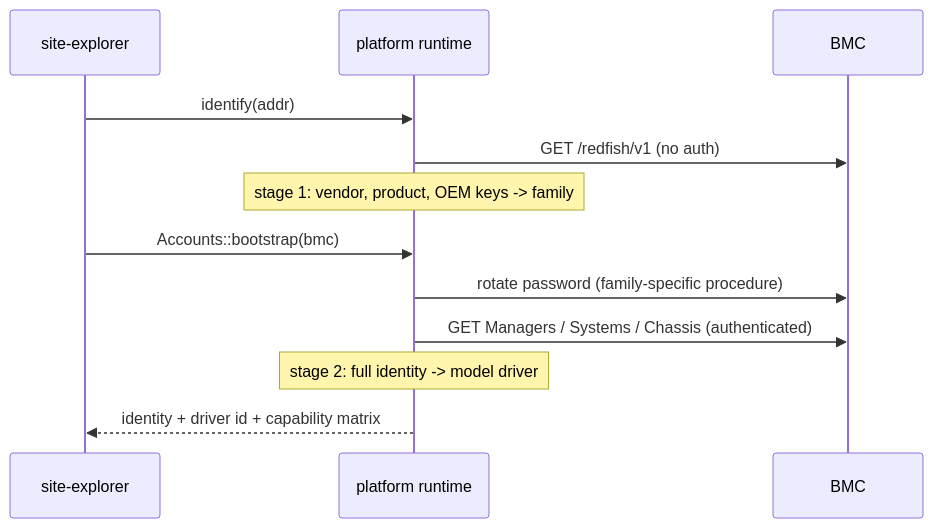
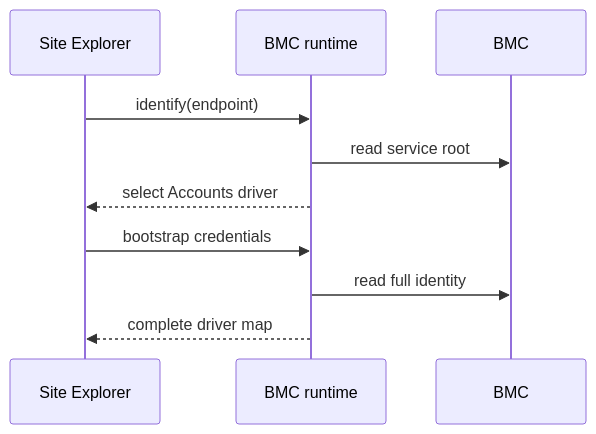
Before and after one commit to NVIDIA/bare-metal-manager-core: the second of 2 diagrams in docs/design/bmc-driver-platform.md, drawn with Mermaid. The commit also changed other lines of this file, not shown here.

````diff
--- a/docs/design/bmc-driver-platform.md
+++ b/docs/design/bmc-driver-platform.md
@@ -247,14 +182,12 @@
 ```mermaid
 sequenceDiagram
-    participant SE as site-explorer
-    participant RT as platform runtime
+    participant E as Site Explorer
+    participant R as BMC runtime
     participant B as BMC
-    SE->>RT: identify(addr)
-    RT->>B: GET /redfish/v1 (no auth)
-    Note over RT: stage 1: vendor, product, OEM keys -> family
-    SE->>RT: Accounts::bootstrap(bmc)
-    RT->>B: rotate password (family-specific procedure)
-    RT->>B: GET Managers / Systems / Chassis (authenticated)
-    Note over RT: stage 2: full identity -> model driver
-    RT-->>SE: identity + driver id + capability matrix
+    E->>R: identify(endpoint)
+    R->>B: read service root
+    R-->>E: select Accounts driver
+    E->>R: bootstrap credentials
+    R->>B: read full identity
+    R-->>E: complete driver map
 ```
````
